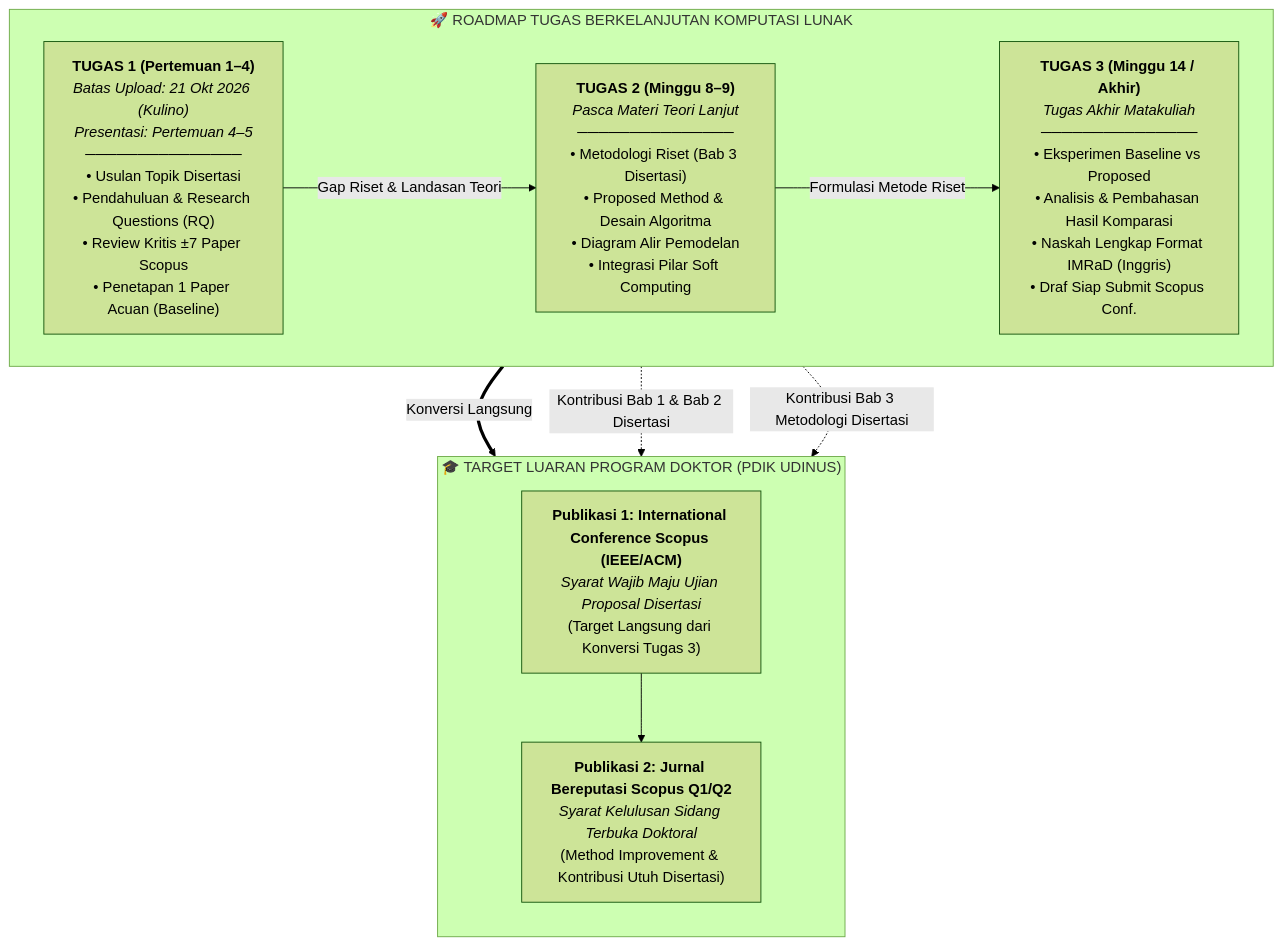
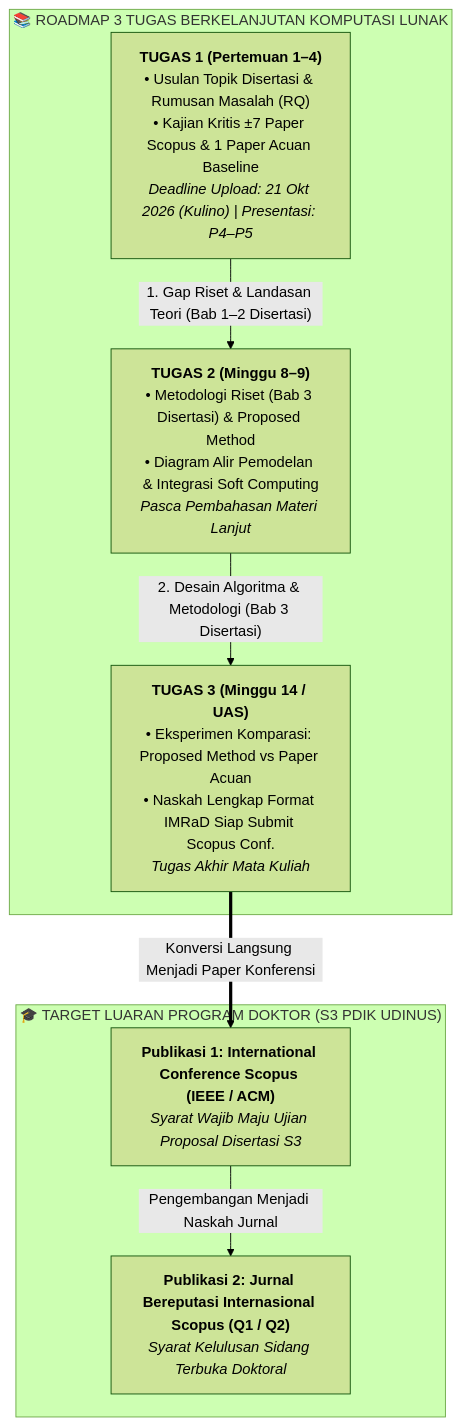
One commit to antonprafanto/pdik-udinus-notes changed the diagram in 04-advanced-soft-computing/pertemuan-01-pengantar-soft-computing-dan-kontrak-tugas.md. Above: the diagram before and after it, drawn with Mermaid (forest theme).

Commit message:
fix(mermaid): resolve GitHub SVG text clipping with responsive top-down flow

````diff
--- a/04-advanced-soft-computing/pertemuan-01-pengantar-soft-computing-dan-kontrak-tugas.md
+++ b/04-advanced-soft-computing/pertemuan-01-pengantar-soft-computing-dan-kontrak-tugas.md
@@ -26,26 +26,22 @@
 ```mermaid
 flowchart TD
-    subgraph ROADMAP["🚀 ROADMAP TUGAS BERKELANJUTAN KOMPUTASI LUNAK"]
-        direction LR
-        T1["<b>TUGAS 1 (Pertemuan 1–4)</b><br/><i>Batas Upload: 21 Okt 2026 (Kulino)<br/>Presentasi: Pertemuan 4–5</i><br/>───────────────<br/>• Usulan Topik Disertasi<br/>• Pendahuluan & Research Questions (RQ)<br/>• Review Kritis ±7 Paper Scopus<br/>• Penetapan 1 Paper Acuan (Baseline)"]
+    subgraph TAHAP["📚 ROADMAP 3 TUGAS BERKELANJUTAN KOMPUTASI LUNAK"]
+        T1["<b>TUGAS 1 (Pertemuan 1–4)</b><br/>• Usulan Topik Disertasi & Rumusan Masalah (RQ)<br/>• Kajian Kritis ±7 Paper Scopus & 1 Paper Acuan Baseline<br/><i>Deadline Upload: 21 Okt 2026 (Kulino) | Presentasi: P4–P5</i>"]
 
-        T2["<b>TUGAS 2 (Minggu 8–9)</b><br/><i>Pasca Materi Teori Lanjut</i><br/>───────────────<br/>• Metodologi Riset (Bab 3 Disertasi)<br/>• Proposed Method & Desain Algoritma<br/>• Diagram Alir Pemodelan<br/>• Integrasi Pilar Soft Computing"]
+        T2["<b>TUGAS 2 (Minggu 8–9)</b><br/>• Metodologi Riset (Bab 3 Disertasi) & Proposed Method<br/>• Diagram Alir Pemodelan & Integrasi Soft Computing<br/><i>Pasca Pembahasan Materi Lanjut</i>"]
 
-        T3["<b>TUGAS 3 (Minggu 14 / Akhir)</b><br/><i>Tugas Akhir Matakuliah</i><br/>───────────────<br/>• Eksperimen Baseline vs Proposed<br/>• Analisis & Pembahasan Hasil Komparasi<br/>• Naskah Lengkap Format IMRaD (Inggris)<br/>• Draf Siap Submit Scopus Conf."]
+        T3["<b>TUGAS 3 (Minggu 14 / UAS)</b><br/>• Eksperimen Komparasi: Proposed Method vs Paper Acuan<br/>• Naskah Lengkap Format IMRaD Siap Submit Scopus Conf.<br/><i>Tugas Akhir Mata Kuliah</i>"]
 
-        T1 -->|"Gap Riset & Landasan Teori"| T2
-        T2 -->|"Formulasi Metode Riset"| T3
+        T1 -->|"1. Gap Riset & Landasan Teori (Bab 1–2 Disertasi)"| T2
+        T2 -->|"2. Desain Algoritma & Metodologi (Bab 3 Disertasi)"| T3
     end
 
-    subgraph LUARAN["🎓 TARGET LUARAN PROGRAM DOKTOR (PDIK UDINUS)"]
-        direction TB
-        PUB1["<b>Publikasi 1: International Conference Scopus (IEEE/ACM)</b><br/><i>Syarat Wajib Maju Ujian Proposal Disertasi</i><br/>(Target Langsung dari Konversi Tugas 3)"]
-        PUB2["<b>Publikasi 2: Jurnal Bereputasi Scopus Q1/Q2</b><br/><i>Syarat Kelulusan Sidang Terbuka Doktoral</i><br/>(Method Improvement & Kontribusi Utuh Disertasi)"]
+    subgraph LUARAN["🎓 TARGET LUARAN PROGRAM DOKTOR (S3 PDIK UDINUS)"]
+        PUB1["<b>Publikasi 1: International Conference Scopus (IEEE / ACM)</b><br/><i>Syarat Wajib Maju Ujian Proposal Disertasi S3</i>"]
+        PUB2["<b>Publikasi 2: Jurnal Bereputasi Internasional Scopus (Q1 / Q2)</b><br/><i>Syarat Kelulusan Sidang Terbuka Doktoral</i>"]
 
-        PUB1 --> PUB2
+        PUB1 -->|"Pengembangan Menjadi Naskah Jurnal"| PUB2
     end
 
-    T3 ==>|"Konversi Langsung"| PUB1
-    T1 -.->|"Kontribusi Bab 1 & Bab 2 Disertasi"| LUARAN
-    T2 -.->|"Kontribusi Bab 3 Metodologi Disertasi"| LUARAN
+    T3 ==>|"Konversi Langsung Menjadi Paper Konferensi"| PUB1
 ```
````
